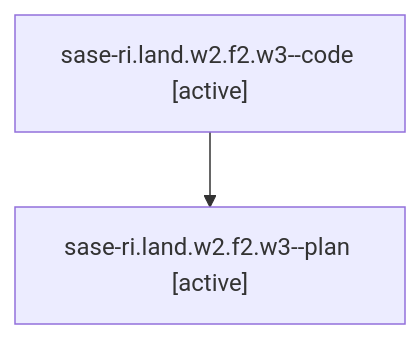
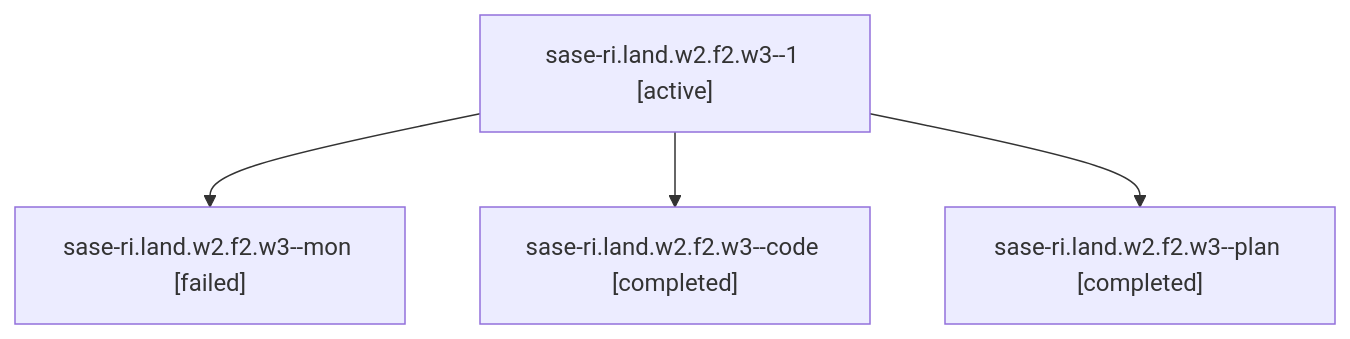
The diagram in families/bbugyi200.athena.sase-ri.land.w2.f2.w3.md (sase-org/sase--agents), drawn with Mermaid before and after one commit. The commit also changed other lines of this file and 128 other files, not shown here.

````diff
--- a/families/bbugyi200.athena.sase-ri.land.w2.f2.w3.md
+++ b/families/bbugyi200.athena.sase-ri.land.w2.f2.w3.md
@@ -9,6 +9,10 @@
 ```mermaid
 flowchart TD
-  n0["sase-ri.land.w2.f2.w3--code [active]"]
-  n1["sase-ri.land.w2.f2.w3--plan [active]"]
+  n0["sase-ri.land.w2.f2.w3--1 [active]"]
+  n1["sase-ri.land.w2.f2.w3--mon [failed]"]
   n0 --> n1
+  n2["sase-ri.land.w2.f2.w3--code [completed]"]
+  n0 --> n2
+  n3["sase-ri.land.w2.f2.w3--plan [completed]"]
+  n0 --> n3
 ```
````
